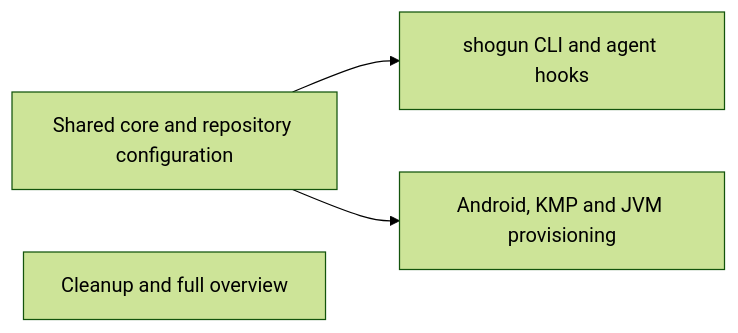
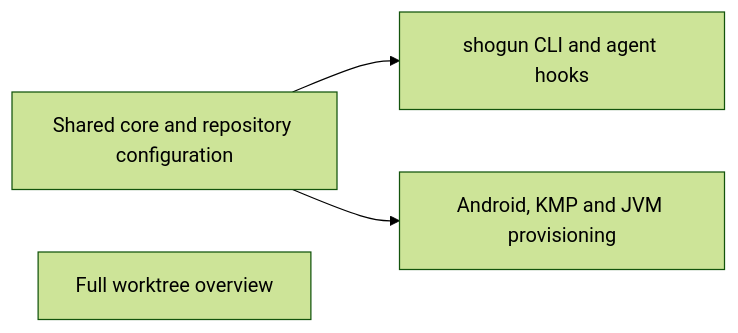
The diagram in docs/roadmap.md (LuxionServer/ShogunAi), drawn with Mermaid (forest theme) before and after one commit. The commit also changed other lines of this file and 10 other files, not shown here.

First line of the commit message:
Archive the worktree-cleanup change and archive before opening PRs

````diff
--- a/docs/roadmap.md
+++ b/docs/roadmap.md
@@ -17,6 +17,6 @@
 ```mermaid
 graph LR
     A["Shared core and repository configuration"] --> B["shogun CLI and agent hooks"]
     A --> D["Android, KMP and JVM provisioning"]
-    E["Cleanup and full overview"]
+    E["Full worktree overview"]
 ```
````
